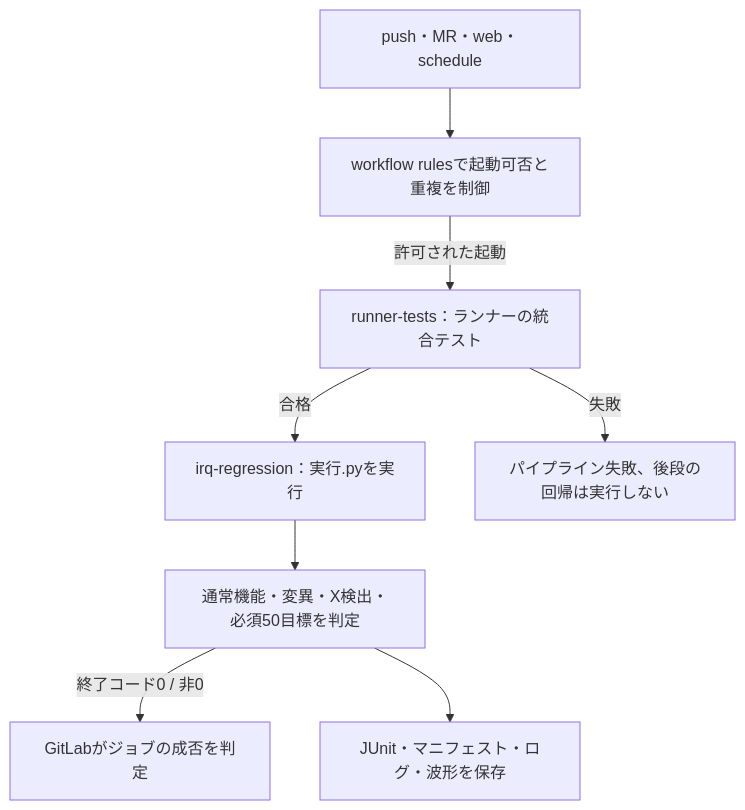
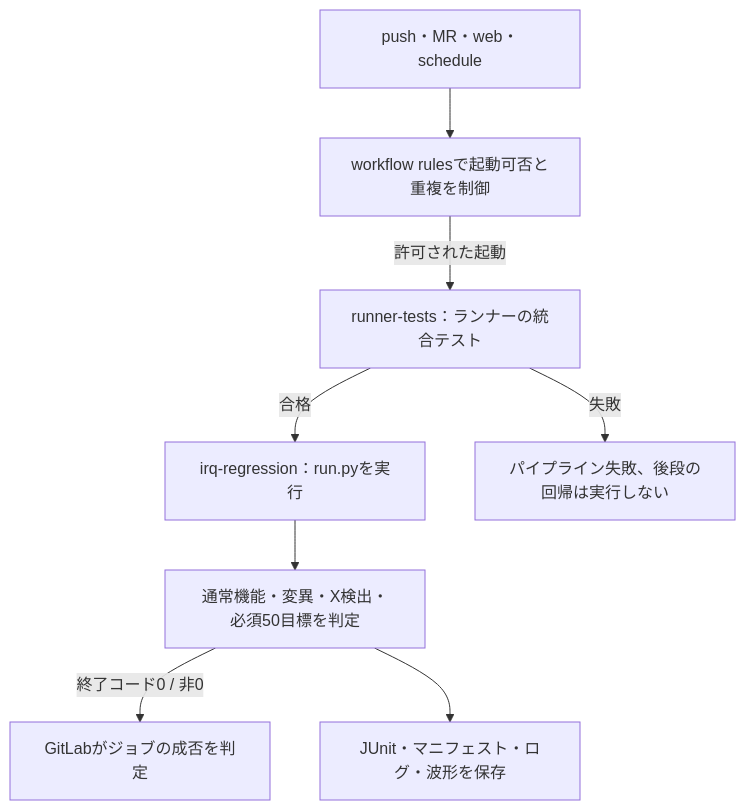
One commit to kurochan001/lsi-verification-method changed the diagram in examples/gitlab-regression/README.md. Above: the diagram before and after it, drawn with Mermaid. The commit also changed other lines of this file and 12 other files, not shown here.

````diff
--- a/examples/gitlab-regression/README.md
+++ b/examples/gitlab-regression/README.md
@@ -76,12 +78,12 @@
 ```mermaid
 flowchart TD
   accTitle: GitLabの回帰例のジョブと判定の流れ
   accDescr: workflowが許可した起動でランナー確認を実行し、その合格後にIRQ回帰を実行する。回帰は終了コードとJUnit、証跡をGitLabへ渡す。
   T["push・MR・web・schedule"] --> W["workflow rulesで起動可否と重複を制御"]
   W -- "許可された起動" --> V["runner-tests：ランナーの統合テスト"]
-  V -- "合格" --> R["irq-regression：実行.pyを実行"]
+  V -- "合格" --> R["irq-regression：run.pyを実行"]
   V -- "失敗" --> F["パイプライン失敗、後段の回帰は実行しない"]
   R --> G["通常機能・変異・X検出・必須50目標を判定"]
   G -- "終了コード0 / 非0" --> J["GitLabがジョブの成否を判定"]
   G --> A["JUnit・マニフェスト・ログ・波形を保存"]
 ```
````
